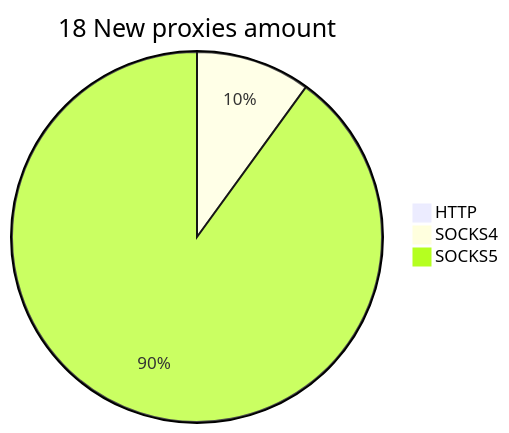
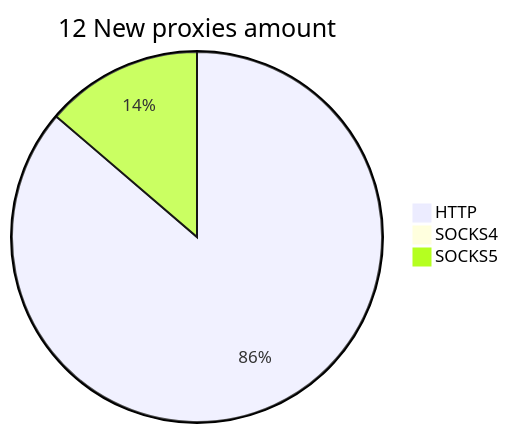
One commit to cutipu/proxylist changed the second of 2 diagrams in README.md. Above: the diagram before and after it, drawn with Mermaid. The commit also changed other lines of this file, not shown here.

````diff
--- a/README.md
+++ b/README.md
@@ -10,6 +10,6 @@
 ```mermaid
-pie title 18 New proxies amount
-    "HTTP" : 0
-    "SOCKS4" : 2
-    "SOCKS5" : 18
+pie title 12 New proxies amount
+    "HTTP" : 44
+    "SOCKS4" : 0
+    "SOCKS5" : 7
 ```
````
